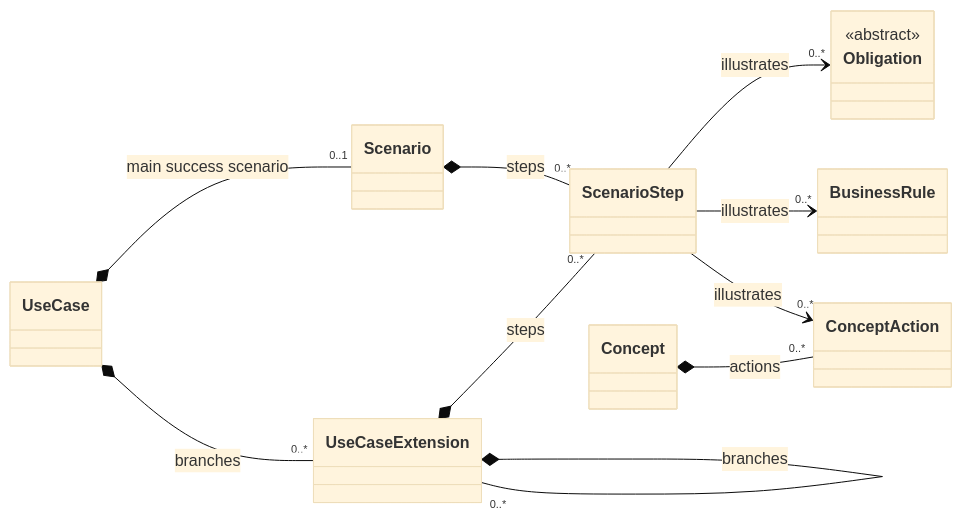
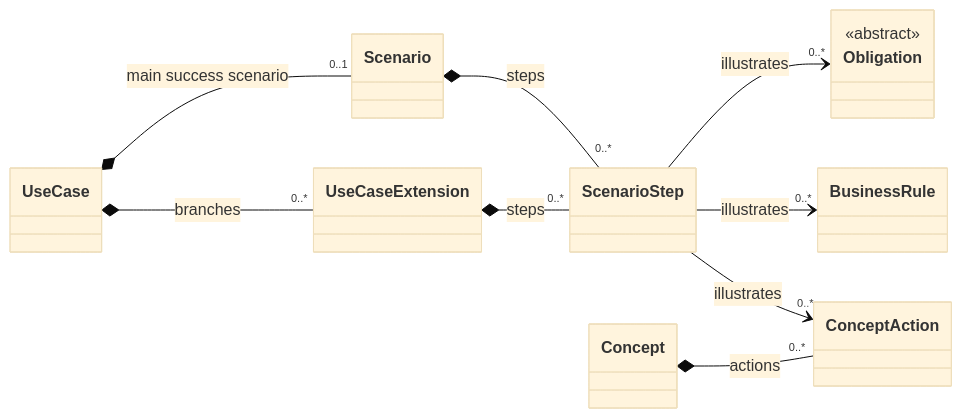
Before and after one commit to craigsmitham/dotspec: the ninth of 16 diagrams in docs/reference/model/core.md, drawn with Mermaid (base theme). The commit also changed other lines of this file and 189 other files, not shown here.

````diff
--- a/docs/reference/model/core.md
+++ b/docs/reference/model/core.md
@@ -212,22 +212,21 @@
 ```mermaid
 classDiagram
     direction LR
     class UseCase
     class Scenario
     class ScenarioStep
     class UseCaseExtension
     class Concept
     class ConceptAction
     class Obligation
     <<abstract>> Obligation
     class BusinessRule
     UseCase *-- "0..1" Scenario : main success scenario
     UseCase *-- "0..*" UseCaseExtension : branches
     Scenario *-- "0..*" ScenarioStep : steps
     UseCaseExtension *-- "0..*" ScenarioStep : steps
-    UseCaseExtension *-- "0..*" UseCaseExtension : branches
     Concept *-- "0..*" ConceptAction : actions
     ScenarioStep --> "0..*" Obligation : illustrates
     ScenarioStep --> "0..*" BusinessRule : illustrates
     ScenarioStep --> "0..*" ConceptAction : illustrates
 ```
````
